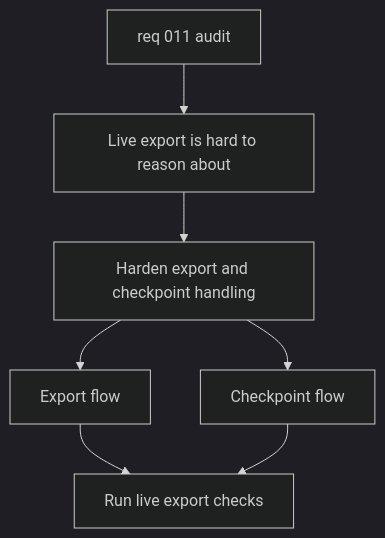
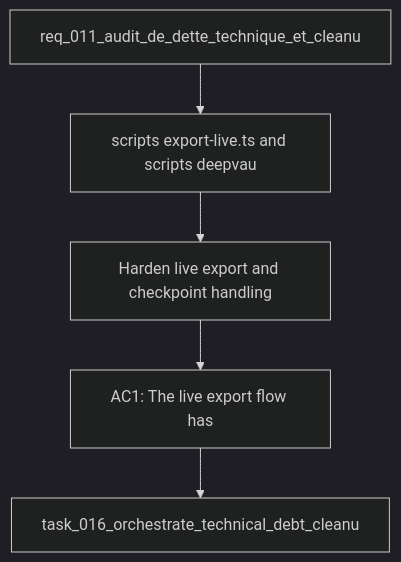
Before and after one commit to AlexAgo83/deepvault: the diagram in logics/backlog/item_041_harden_live_export_and_checkpoint_handling.md, drawn with Mermaid (dark theme). The commit also changed 57 other files, not shown here.

````diff
--- a/logics/backlog/item_041_harden_live_export_and_checkpoint_handling.md
+++ b/logics/backlog/item_041_harden_live_export_and_checkpoint_handling.md
@@ -22,11 +22,9 @@
 ```mermaid
 %% logics-kind: backlog
 %% logics-signature: backlog|harden-live-export-and-checkpoint-handli|req-011-audit-de-dette-technique-et-clea|scripts-export-live-ts-and-scripts-deepv|ac1-the-live-export-flow-has
 flowchart TD
-    Request[req 011 audit] --> Problem[Live export is hard to reason about]
-    Problem --> Scope[Harden export and checkpoint handling]
-    Scope --> Export[Export flow]
-    Scope --> Checkpoint[Checkpoint flow]
-    Export --> Validate[Run live export checks]
-    Checkpoint --> Validate
+    Request[req_011_audit_de_dette_technique_et_cleanu] --> Problem[scripts export-live.ts and scripts deepvau]
+    Problem --> Scope[Harden live export and checkpoint handling]
+    Scope --> Acceptance[AC1: The live export flow has]
+    Acceptance --> Tasks[task_016_orchestrate_technical_debt_cleanu]
 ```
````
